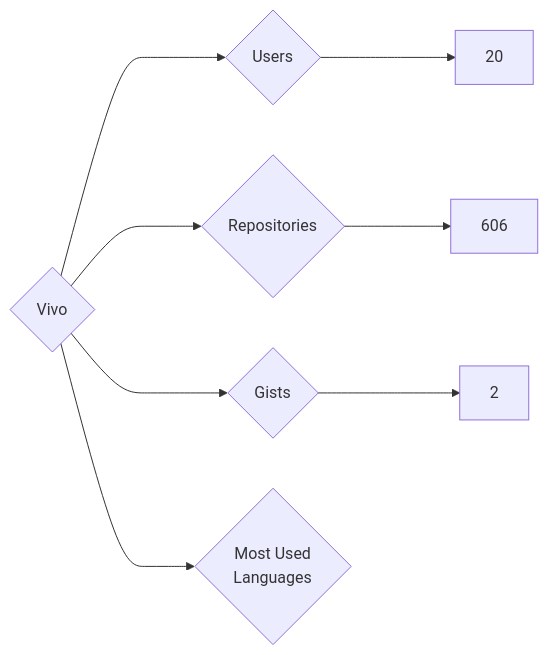
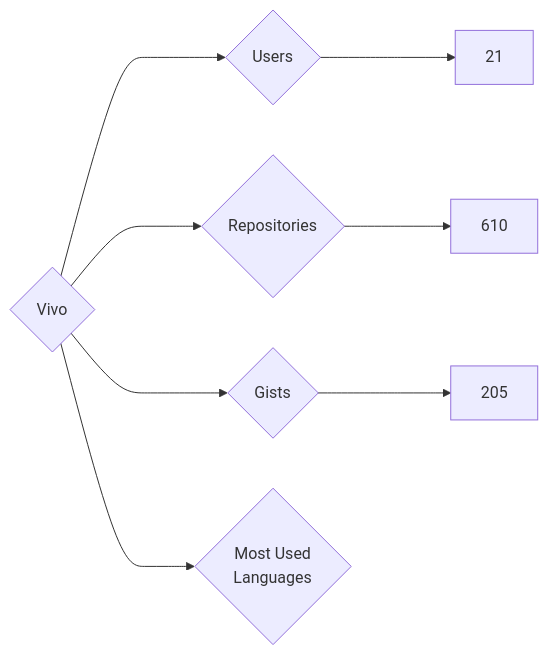
Before and after one commit to nenadzaric/insiders: the diagram in targets/Vivo/README.md, drawn with Mermaid. The commit also changed 1342 other files, not shown here.

````diff
--- a/targets/Vivo/README.md
+++ b/targets/Vivo/README.md
@@ -3,8 +3,8 @@
 ```mermaid
 graph LR
 COMPANY_NAME{Vivo}
-COMPANY_NAME ---> U{Users} ---> UN[20]
-COMPANY_NAME ---> R{Repositories} ---> RN[606]
-COMPANY_NAME ---> G{Gists} ---> GN[2]
+COMPANY_NAME ---> U{Users} ---> UN[21]
+COMPANY_NAME ---> R{Repositories} ---> RN[610]
+COMPANY_NAME ---> G{Gists} ---> GN[205]
 COMPANY_NAME ---> ML{Most Used<br>Languages}
 ```
````
